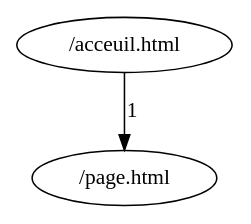
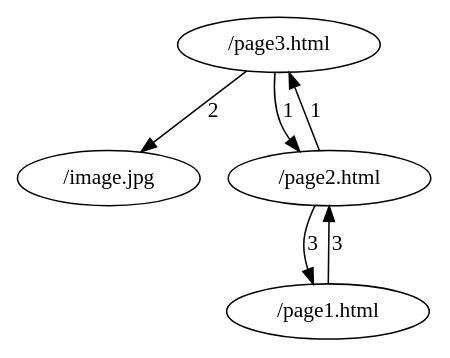
The diagram in CPP/GrapheLog/Code/test.dot (TiboREM/B3429), drawn with Graphviz before and after one commit. The commit also changed 9 other files, not shown here.

```diff
--- a/CPP/GrapheLog/Code/test.dot
+++ b/CPP/GrapheLog/Code/test.dot
@@ -1,5 +1,11 @@
 digraph {
-node1 [label="/acceuil.html"];
-node0 [label="/page.html"];
-node1 -> node0 [label="1"]
+node2 [label="/page3.html"];
+node3 [label="/image.jpg"];
+node1 [label="/page1.html"];
+node0 [label="/page2.html"];
+node0 -> node2 [label="1"]
+node2 -> node3 [label="2"]
+node0 -> node1 [label="3"]
+node2 -> node0 [label="1"]
+node1 -> node0 [label="3"]
 }
```
